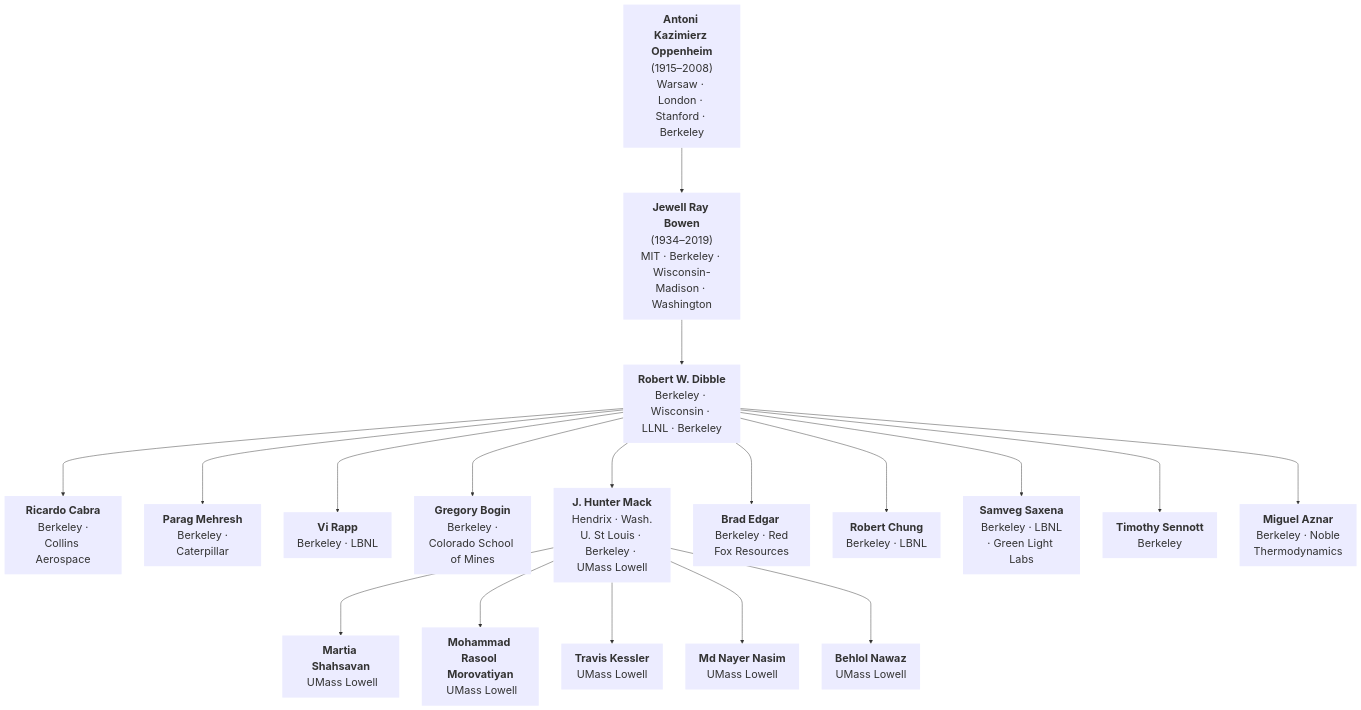
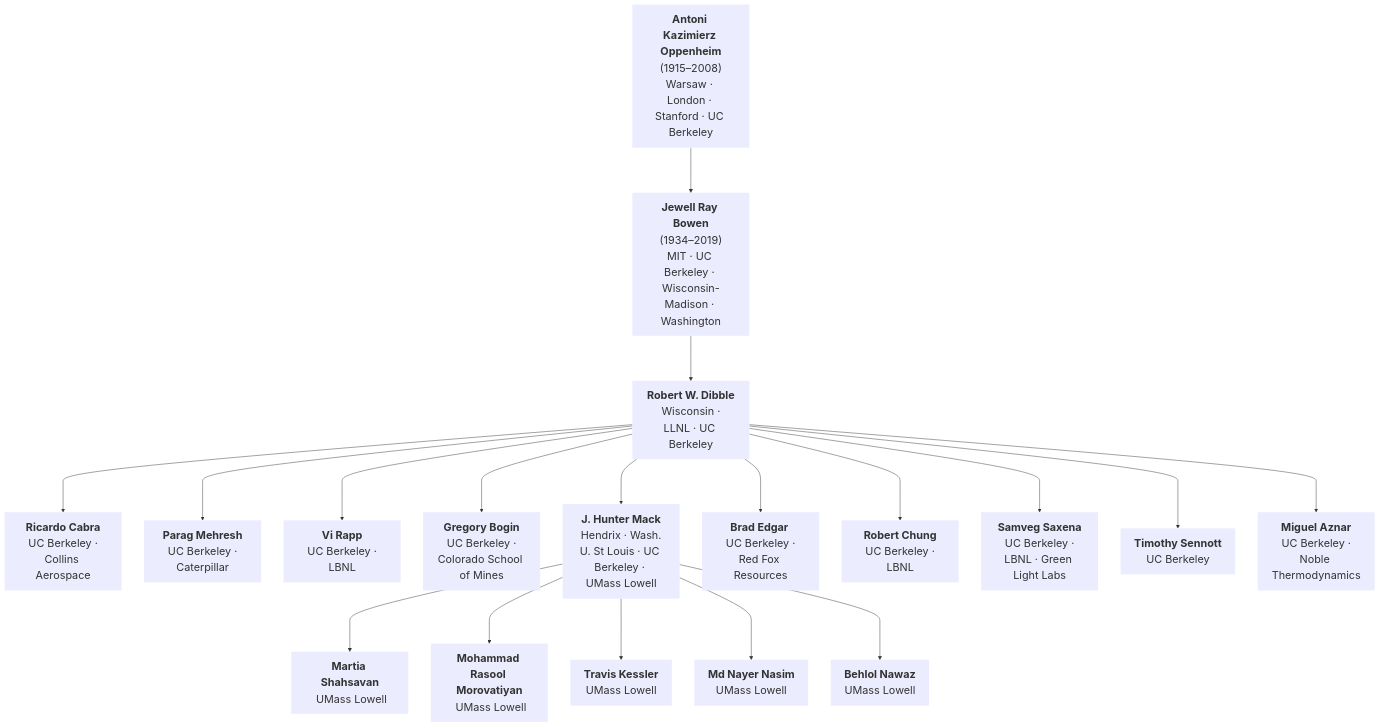
One commit to bnawaz95/ECRL-acad-tree changed the diagram in acad_tree.md. Above: the diagram before and after it, drawn with Mermaid. The commit also changed 1 other file, not shown here.

Commit message:
Edits to affiliations

````diff
--- a/acad_tree.md
+++ b/acad_tree.md
@@ -1,48 +1,48 @@
 ```mermaid
 graph TD
-    A["<b>Antoni Kazimierz Oppenheim</b><br/>(1915–2008)<br/>Warsaw · London · Stanford · Berkeley"]
+    A["<b>Antoni Kazimierz Oppenheim</b><br/>(1915–2008)<br/>Warsaw · London · Stanford · UC Berkeley"]
 
-    B["<b>Jewell Ray Bowen</b><br/>(1934–2019)<br/>MIT · Berkeley · Wisconsin-Madison · Washington"]
+    B["<b>Jewell Ray Bowen</b><br/>(1934–2019)<br/>MIT · UC Berkeley · Wisconsin-Madison · Washington"]
 
-    C["<b>Robert W. Dibble</b><br/>Berkeley · Wisconsin · LLNL · Berkeley"]
+    C["<b>Robert W. Dibble</b><br/> Wisconsin · LLNL · UC Berkeley"]
 
-    D1["<b>Ricardo Cabra</b><br/> Berkeley · Collins Aerospace"]
-    D2["<b>Parag Mehresh</b><br/> Berkeley · Caterpillar"]
-    D3["<b>Vi Rapp</b><br/> Berkeley · LBNL"]
-    D4["<b>Gregory Bogin</b><br/> Berkeley · Colorado School of Mines"]
-    D0["<b>J. Hunter Mack</b><br/> Hendrix · Wash. U. St Louis · Berkeley · UMass Lowell"]
-    D5["<b>Brad Edgar </b><br/> Berkeley · Red Fox Resources"]
-    D6["<b>Robert Chung</b><br/> Berkeley · LBNL"]
-    D7["<b>Samveg Saxena</b><br/> Berkeley · LBNL · Green Light Labs"]
-    D8["<b>Timothy Sennott</b><br/> Berkeley"]
-    D9["<b>Miguel Aznar</b><br/> Berkeley · Noble Thermodynamics"]
+    D1["<b>Ricardo Cabra</b><br/> UC Berkeley · Collins Aerospace"]
+    D2["<b>Parag Mehresh</b><br/> UC Berkeley · Caterpillar"]
+    D3["<b>Vi Rapp</b><br/> UC Berkeley · LBNL"]
+    D4["<b>Gregory Bogin</b><br/> UC Berkeley · Colorado School of Mines"]
+    D0["<b>J. Hunter Mack</b><br/> Hendrix · Wash. U. St Louis · UC Berkeley · UMass Lowell"]
+    D5["<b>Brad Edgar </b><br/> UC Berkeley · Red Fox Resources"]
+    D6["<b>Robert Chung</b><br/> UC Berkeley · LBNL"]
+    D7["<b>Samveg Saxena</b><br/> UC Berkeley · LBNL · Green Light Labs"]
+    D8["<b>Timothy Sennott</b><br/> UC Berkeley"]
+    D9["<b>Miguel Aznar</b><br/> UC Berkeley · Noble Thermodynamics"]
 
     E["<b>Martia Shahsavan</b><br/> UMass Lowell"]
     F["<b>Mohammad Rasool Morovatiyan</b><br/> UMass Lowell"]
     G["<b>Travis Kessler</b><br/> UMass Lowell"]
     H["<b>Md Nayer Nasim</b><br/> UMass Lowell"]
     I["<b>Behlol Nawaz</b><br/> UMass Lowell"]
 
     A ---> B
     B ---> C
 
     C ---> D0
     C ---> D1
     C ---> D2
     C ---> D3
     C ---> D4
     C ---> D5
     C ---> D6
     C ---> D7
     C ---> D8
     C ---> D9
 
     D0 ---> E
     D0 ---> F
     D0 ---> G
     D0 ---> H
     D0 ---> I
 
 classDef noBorder stroke:none,stroke-width:0px,fill:#None,font-size:24px;
 class A,B,C,D0,D1,D2,D3,D4,D5,D6,D6,D7,D8,D9,E,F,G,H,I, noBorder
 ```
````
